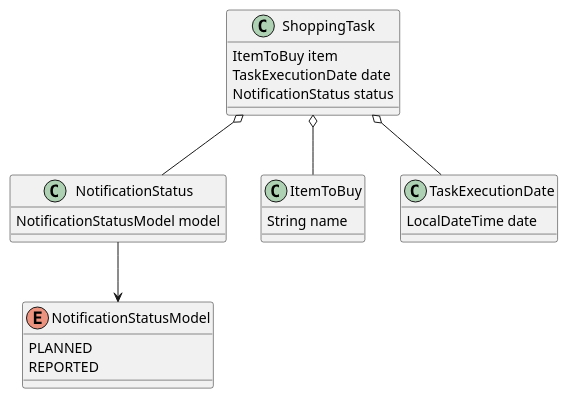
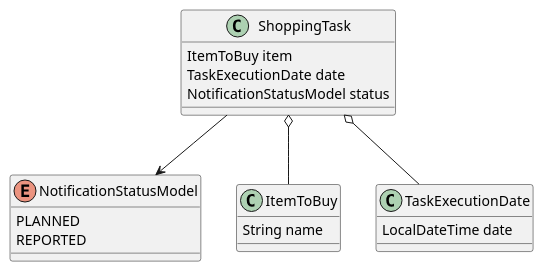
One commit to zoeque/shopping-elephant changed the diagram in design/doc/domain/entity_model.puml. Above: the diagram before and after it, drawn with PlantUML. The commit also changed 6 other files, not shown here.

Commit message:
#4 - Create aggregate model for the Shopping task

```diff
--- a/design/doc/domain/entity_model.puml
+++ b/design/doc/domain/entity_model.puml
@@ -1,25 +1,22 @@
 @startuml
 class ShoppingTask {
   ItemToBuy item
   TaskExecutionDate date
-  NotificationStatus status
+  NotificationStatusModel status
 }
-class NotificationStatus {
-  NotificationStatusModel model
-}
+
 enum NotificationStatusModel { 
   PLANNED
   REPORTED
 }
 class ItemToBuy {
   String name
 }
 class TaskExecutionDate {
   LocalDateTime date
 }
 
 ShoppingTask o-- ItemToBuy
 ShoppingTask o-- TaskExecutionDate
-ShoppingTask o-- NotificationStatus
-NotificationStatus --> NotificationStatusModel
+ShoppingTask --> NotificationStatusModel
 @enduml
```
